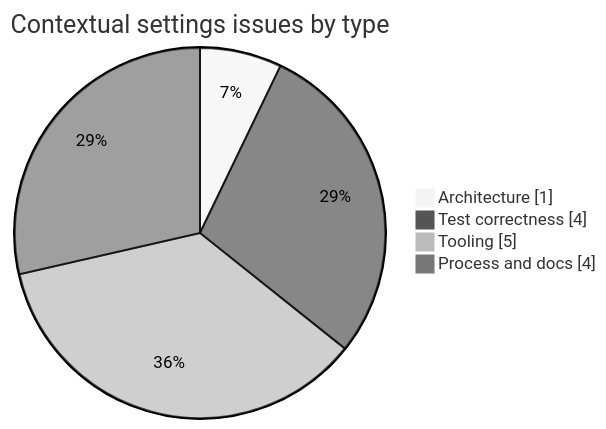
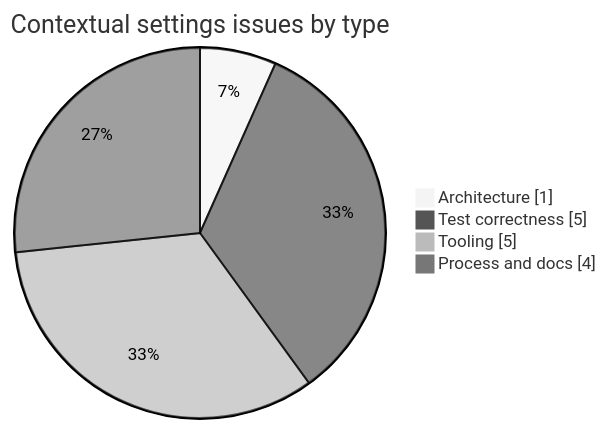
Before and after one commit to pranems/SCIMServer: the second of 3 diagrams in docs/ENDPOINT_SETTINGS_CONTEXTUAL_UI_EXECUTION_RCA.md, drawn with Mermaid (neutral theme). The commit also changed other lines of this file and 5 other files, not shown here.

````diff
--- a/docs/ENDPOINT_SETTINGS_CONTEXTUAL_UI_EXECUTION_RCA.md
+++ b/docs/ENDPOINT_SETTINGS_CONTEXTUAL_UI_EXECUTION_RCA.md
@@ -24,8 +24,8 @@
 ```mermaid
 pie showData
     title Contextual settings issues by type
     "Architecture" : 1
-    "Test correctness" : 4
+    "Test correctness" : 5
     "Tooling" : 5
     "Process and docs" : 4
 ```
````
